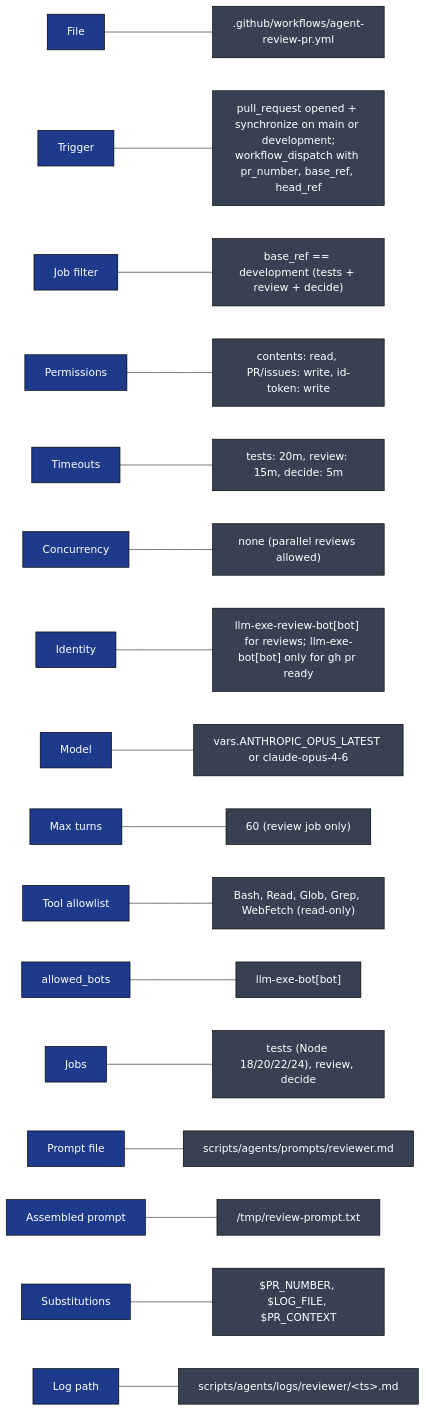
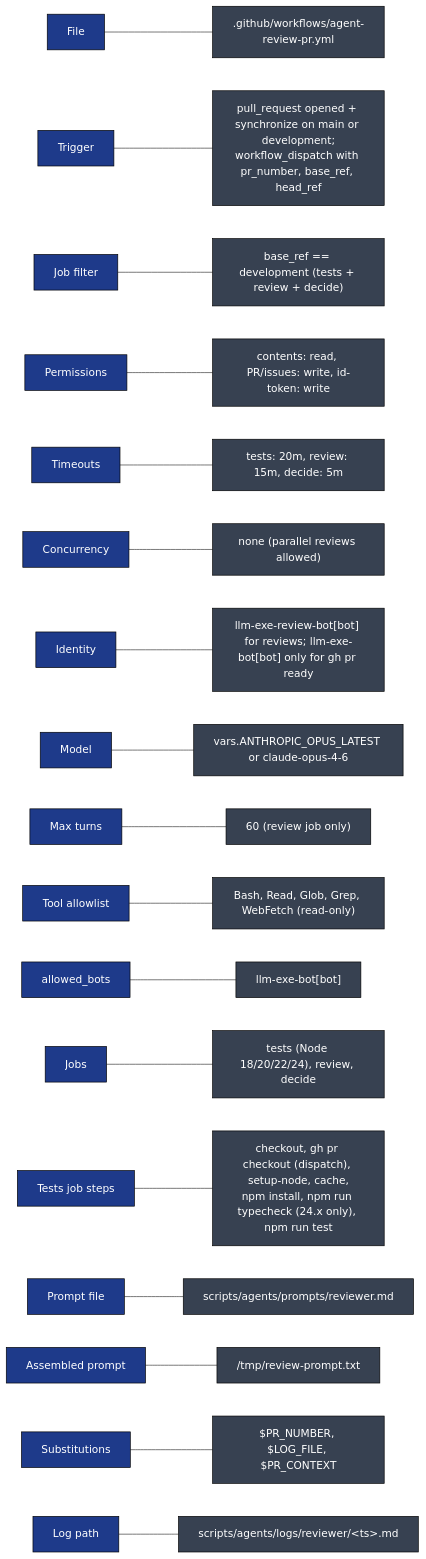
Diagram 12 of 12 in .github/docs/AGENT_REVIEW_PR_DEEP_DIVE.md (llm-exe/llm-exe), drawn with Mermaid before and after one commit. The commit also changed other lines of this file and 4 other files, not shown here.

Commit message:
docs: sync tests and agent-review-pr deep dives after typecheck CI step

````diff
--- a/.github/docs/AGENT_REVIEW_PR_DEEP_DIVE.md
+++ b/.github/docs/AGENT_REVIEW_PR_DEEP_DIVE.md
@@ -594,22 +595,23 @@
 ```mermaid
 flowchart LR
     classDef k fill:#1e3a8a,color:#fff,stroke:#000
     classDef v fill:#374151,color:#fff,stroke:#000
 
     K1["File"]:::k --- V1[".github/workflows/agent-review-pr.yml"]:::v
     K2["Trigger"]:::k --- V2["pull_request opened + synchronize on main or development;\nworkflow_dispatch with pr_number, base_ref, head_ref"]:::v
     K3["Job filter"]:::k --- V3["base_ref == development (tests + review + decide)"]:::v
     K4["Permissions"]:::k --- V4["contents: read, PR/issues: write, id-token: write"]:::v
     K5["Timeouts"]:::k --- V5["tests: 20m, review: 15m, decide: 5m"]:::v
     K6["Concurrency"]:::k --- V6["none (parallel reviews allowed)"]:::v
     K7["Identity"]:::k --- V7["llm-exe-review-bot[bot] for reviews; llm-exe-bot[bot] only for gh pr ready"]:::v
     K8["Model"]:::k --- V8["vars.ANTHROPIC_OPUS_LATEST or claude-opus-4-6"]:::v
     K9["Max turns"]:::k --- V9["60 (review job only)"]:::v
     K10["Tool allowlist"]:::k --- V10["Bash, Read, Glob, Grep, WebFetch (read-only)"]:::v
     K11["allowed_bots"]:::k --- V11["llm-exe-bot[bot]"]:::v
     K12["Jobs"]:::k --- V12["tests (Node 18/20/22/24), review, decide"]:::v
+    K12b["Tests job steps"]:::k --- V12b["checkout, gh pr checkout (dispatch), setup-node, cache,\nnpm install, npm run typecheck (24.x only), npm run test"]:::v
     K13["Prompt file"]:::k --- V13["scripts/agents/prompts/reviewer.md"]:::v
     K14["Assembled prompt"]:::k --- V14["/tmp/review-prompt.txt"]:::v
     K15["Substitutions"]:::k --- V15["$PR_NUMBER, $LOG_FILE, $PR_CONTEXT"]:::v
     K16["Log path"]:::k --- V16["scripts/agents/logs/reviewer/&lt;ts&gt;.md"]:::v
 ```
````
